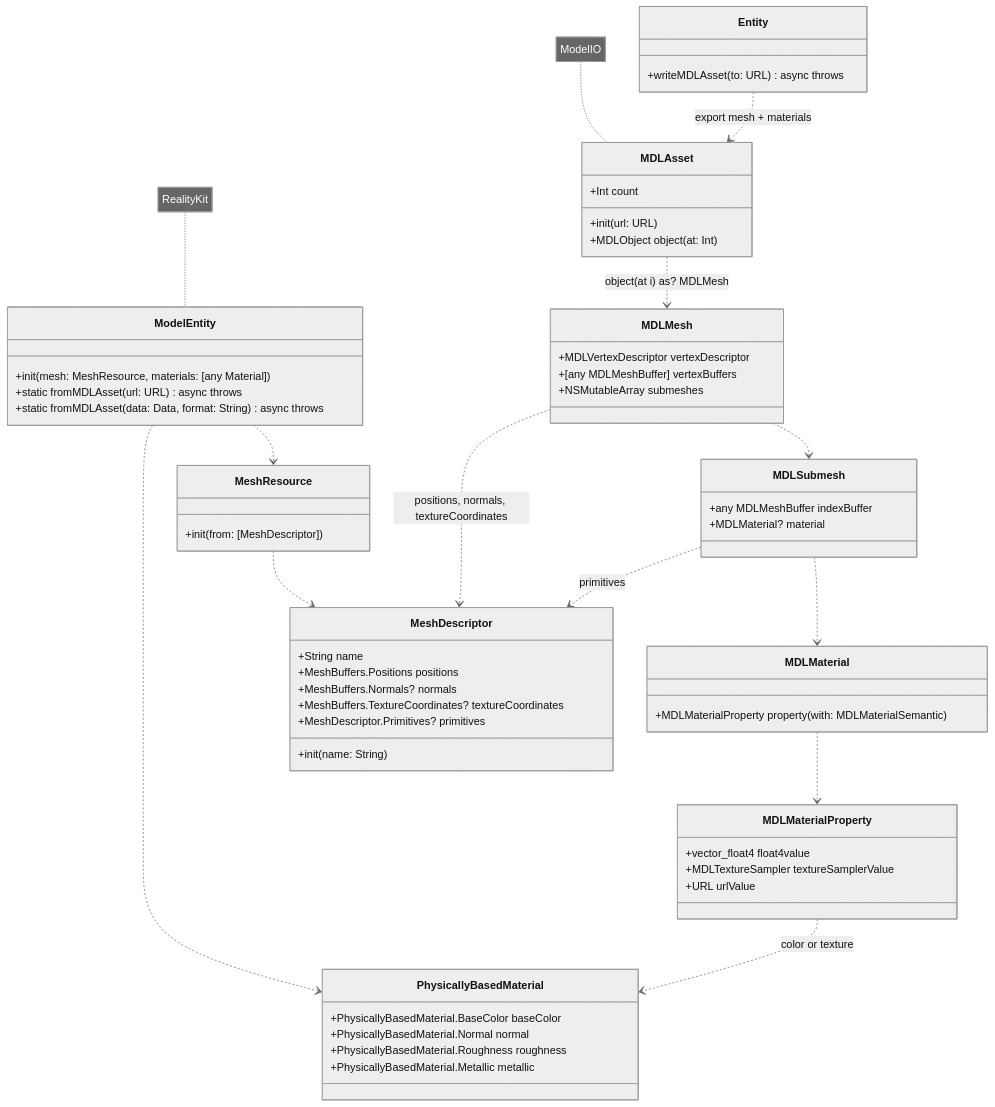
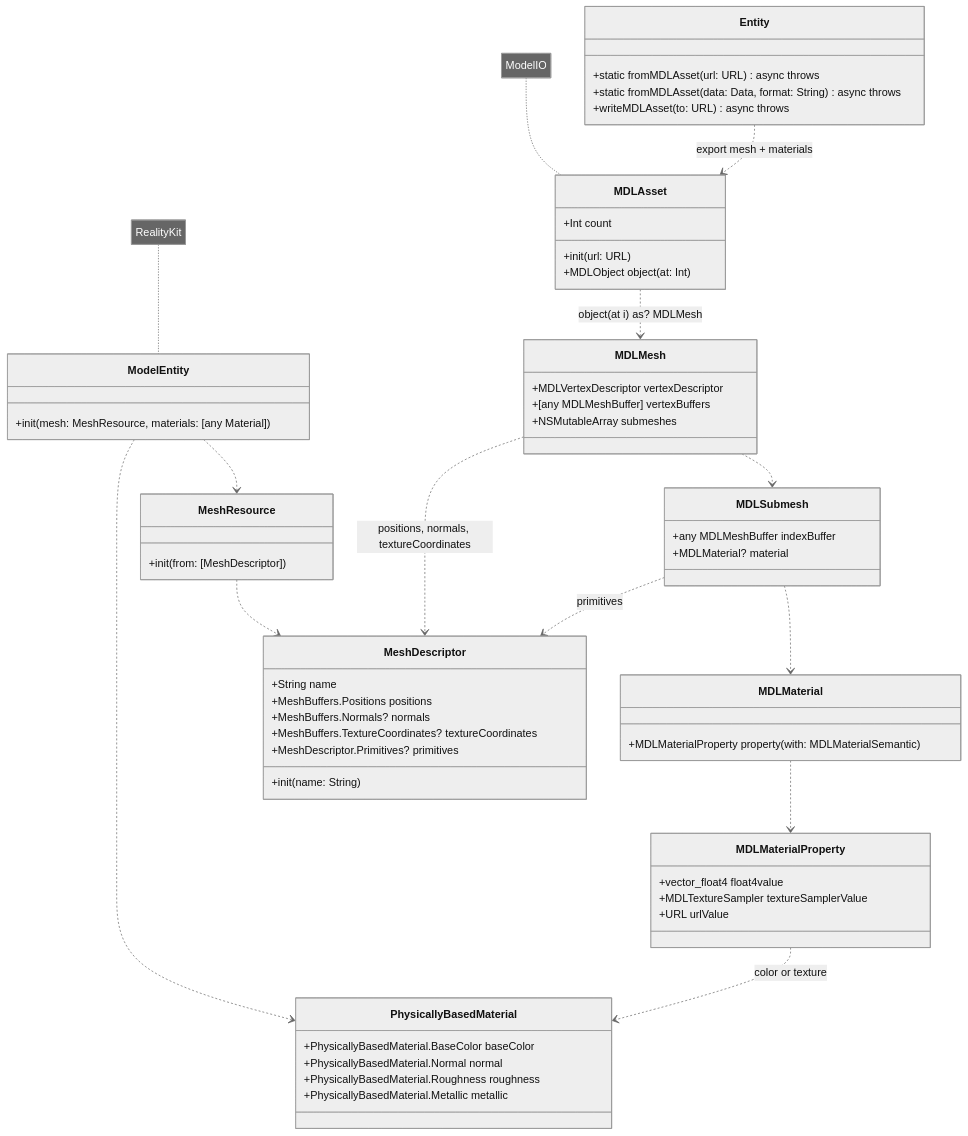
The diagram in README.md (radcli14/ModelIO-to-RealityKit), drawn with Mermaid (neutral theme) before and after one commit. The commit also changed other lines of this file and 5 other files, not shown here.

````diff
--- a/README.md
+++ b/README.md
@@ -119,75 +119,75 @@
 ```mermaid
 classDiagram
     note for MDLAsset "ModelIO"
     note for ModelEntity "RealityKit"
 
     MDLAsset ..> MDLMesh : object(at i) as? MDLMesh
     MDLMesh ..> MDLSubmesh
     MDLSubmesh ..> MDLMaterial
     MDLMaterial ..> MDLMaterialProperty
 
     class MDLAsset {
         +Int count
         +init(url: URL)
         +MDLObject object(at: Int) 
     }
 
     class MDLMesh {
         +MDLVertexDescriptor vertexDescriptor 
         +[any MDLMeshBuffer] vertexBuffers
         +NSMutableArray submeshes 
     }
 
     class MDLSubmesh {
         +any MDLMeshBuffer indexBuffer
         +MDLMaterial? material
     }
 
     class MDLMaterial {
         +MDLMaterialProperty property(with: MDLMaterialSemantic)
     }
 
     class MDLMaterialProperty {
         +vector_float4 float4value
         +MDLTextureSampler textureSamplerValue
         +URL urlValue
     }
 
     ModelEntity ..> MeshResource
     ModelEntity ..> PhysicallyBasedMaterial
     MeshResource ..> MeshDescriptor
     class ModelEntity {
         +init(mesh: MeshResource, materials: [any Material])
-        +static fromMDLAsset(url: URL) async throws
-        +static fromMDLAsset(data: Data, format: String) async throws
     }
 
     class MeshResource {
         +init(from: [MeshDescriptor])
     }
 
     class MeshDescriptor {
         +String name
         +MeshBuffers.Positions positions
         +MeshBuffers.Normals? normals
         +MeshBuffers.TextureCoordinates? textureCoordinates
         +MeshDescriptor.Primitives? primitives
         +init(name: String)
     }
 
     class PhysicallyBasedMaterial {
         +PhysicallyBasedMaterial.BaseColor baseColor
         +PhysicallyBasedMaterial.Normal normal
         +PhysicallyBasedMaterial.Roughness roughness
         +PhysicallyBasedMaterial.Metallic metallic 
     }
 
     MDLMesh ..> MeshDescriptor : positions, normals, textureCoordinates
     MDLSubmesh ..> MeshDescriptor : primitives
     MDLMaterialProperty ..> PhysicallyBasedMaterial : color or texture
 
     class Entity {
+        +static fromMDLAsset(url: URL) async throws
+        +static fromMDLAsset(data: Data, format: String) async throws
         +writeMDLAsset(to: URL) async throws
     }
     Entity ..> MDLAsset : export mesh + materials
 ```
````
